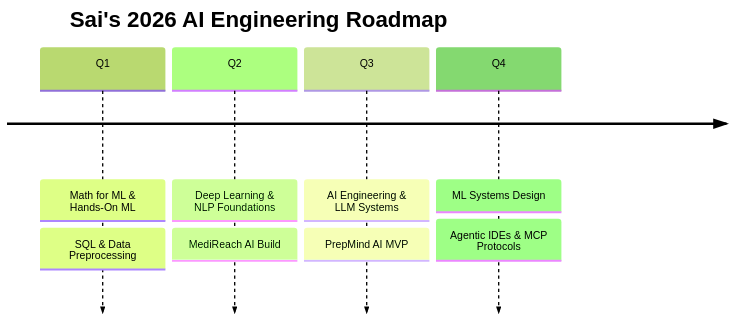
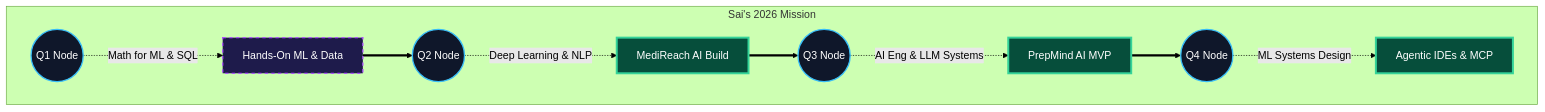
Before and after one commit to saichintamani/saichintamani: the diagram in README.md, drawn with Mermaid (forest theme). The commit also changed other lines of this file, not shown here.

Commit message:
fix: Correct broken emoji links and enhance 2026 roadmap with cybernetic graph and animated sticker

````diff
--- a/README.md
+++ b/README.md
@@ -230,12 +230,25 @@
 ```mermaid
-timeline
-    title Sai's 2026 AI Engineering Roadmap
-    Q1 : Math for ML & Hands-On ML
-       : SQL & Data Preprocessing
-    Q2 : Deep Learning & NLP Foundations
-       : MediReach AI Build
-    Q3 : AI Engineering & LLM Systems
-       : PrepMind AI MVP
-    Q4 : ML Systems Design
-       : Agentic IDEs & MCP Protocols
+graph LR
+    %% High-Tech Cybernetic Styling
+    classDef quarter fill:#0f172a,stroke:#38bdf8,stroke-width:2px,color:#fff
+    classDef milestone fill:#1e1b4b,stroke:#a855f7,stroke-width:2px,color:#fff,stroke-dasharray: 5 5
+    classDef shipped fill:#064e3b,stroke:#34d399,stroke-width:3px,color:#fff
+    
+    subgraph Year [Sai's 2026 Mission]
+        direction LR
+        
+        Q1((Q1 Node)):::quarter
+        Q2((Q2 Node)):::quarter
+        Q3((Q3 Node)):::quarter
+        Q4((Q4 Node)):::quarter
+        
+        Q1 -.->|Math for ML & SQL| M1[Hands-On ML & Data]:::milestone
+        Q2 -.->|Deep Learning & NLP| M2[MediReach AI Build]:::shipped
+        Q3 -.->|AI Eng & LLM Systems| M3[PrepMind AI MVP]:::shipped
+        Q4 -.->|ML Systems Design| M4[Agentic IDEs & MCP]:::shipped
+        
+        M1 ==> Q2
+        M2 ==> Q3
+        M3 ==> Q4
+    end
 ```
````
